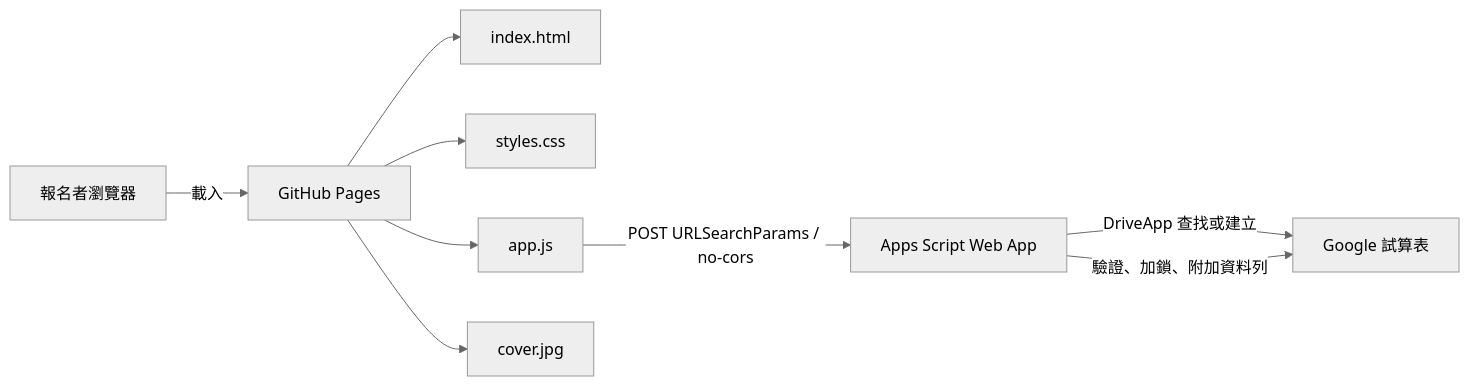
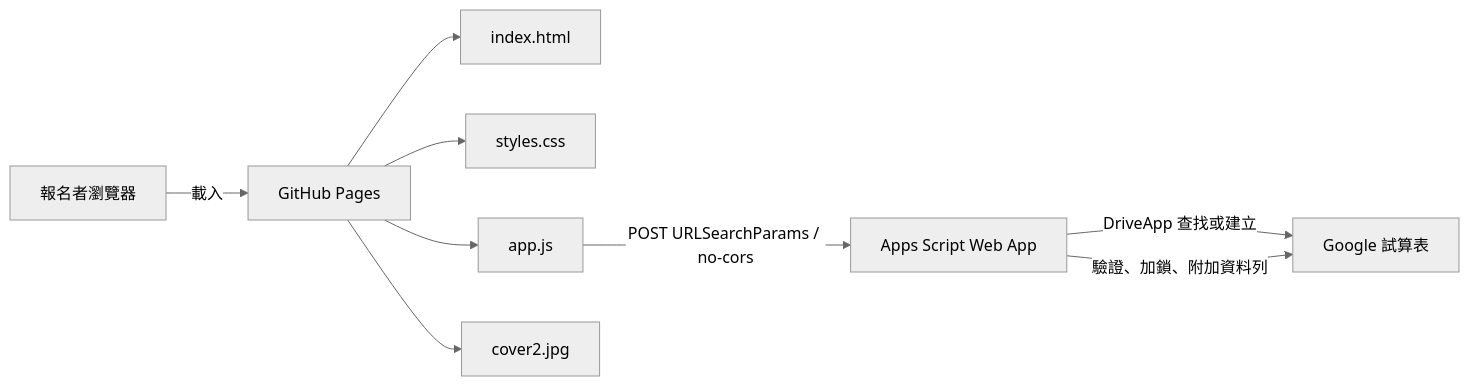
The diagram in docs/architecture.md (Small-Chi/2026_-), drawn with Mermaid (neutral theme) before and after one commit. The commit also changed other lines of this file and 3 other files, not shown here.

````diff
--- a/docs/architecture.md
+++ b/docs/architecture.md
@@ -7,11 +7,11 @@
 ```mermaid
 flowchart LR
   Visitor[報名者瀏覽器] -->|載入| Pages[GitHub Pages]
   Pages --> HTML[index.html]
   Pages --> CSS[styles.css]
   Pages --> JS[app.js]
-  Pages --> Image[cover.jpg]
+  Pages --> Image[cover2.jpg]
   JS -->|POST URLSearchParams / no-cors| GAS[Apps Script Web App]
   GAS -->|DriveApp 查找或建立| Sheet[Google 試算表]
   GAS -->|驗證、加鎖、附加資料列| Sheet
 ```
````
